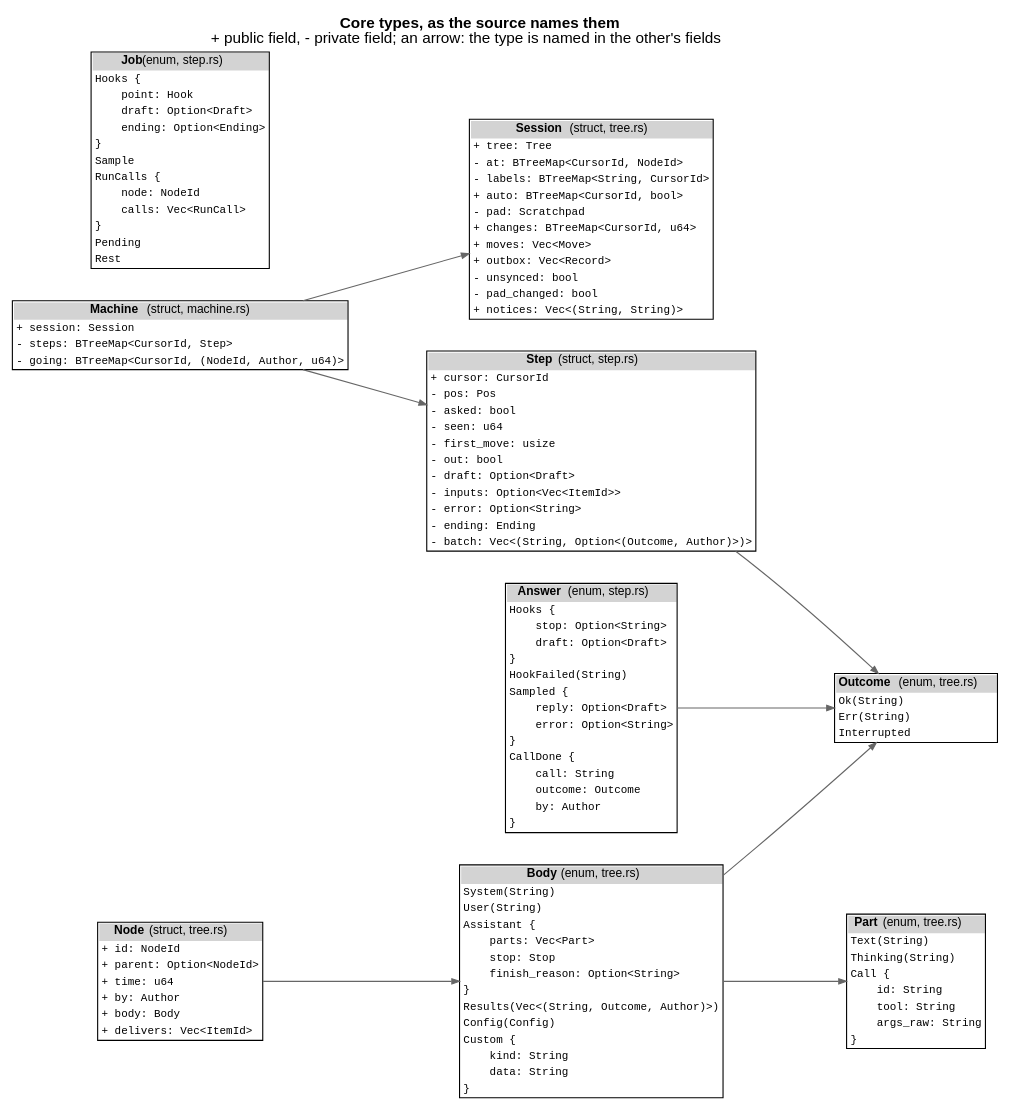
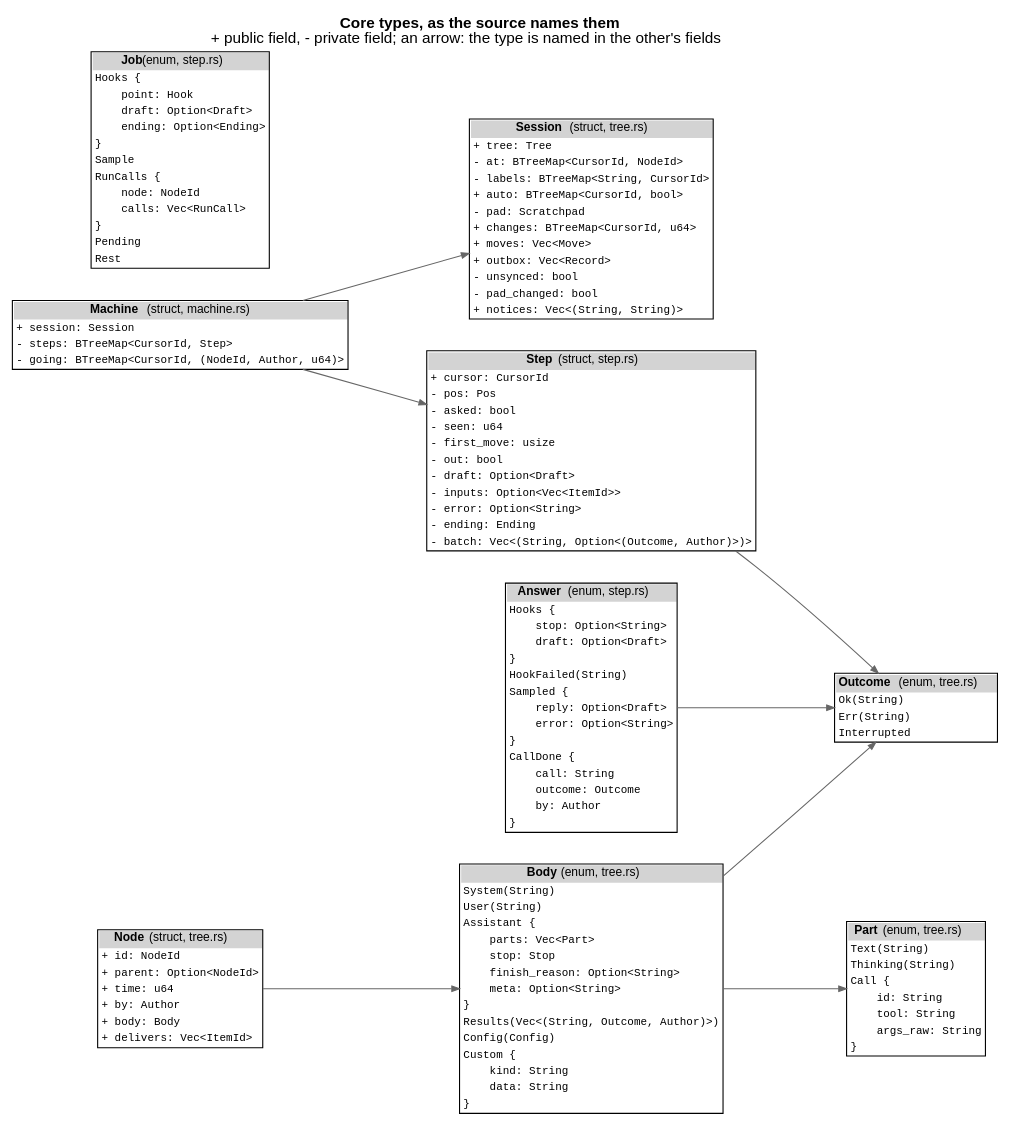
Before and after one commit to jmccardle/tau: the diagram in docs/as-built/diagrams/types.dot, drawn with Graphviz. The commit also changed 24 other files, not shown here.

First line of the commit message:
Assistant nodes keep response meta: model, id, usage (D13)

```diff
--- a/docs/as-built/diagrams/types.dot
+++ b/docs/as-built/diagrams/types.dot
@@ -1,22 +1,22 @@
 // Generated by scripts/diagrams.sh from the Rust source (syn). Do not edit.
 digraph types {
   graph [rankdir=LR, fontname="Helvetica", nodesep=0.4, ranksep=1.0, labelloc=t, label=<<b>Core types, as the source names them</b><br/>+ public field, - private field; an arrow: the type is named in the other's fields>];
   node [shape=plain, fontname="Helvetica", fontsize=11];
   edge [color="gray40", arrowsize=0.7];
-  "Body" [label=<<table border="1" cellborder="0" cellspacing="0"><tr><td bgcolor="lightgray"><b>Body</b> (enum, tree.rs)</td></tr><tr><td align="left" balign="left"><font face="Courier" point-size="10">System(String)</font></td></tr><tr><td align="left" balign="left"><font face="Courier" point-size="10">User(String)</font></td></tr><tr><td align="left" balign="left"><font face="Courier" point-size="10">Assistant&nbsp;{</font></td></tr><tr><td align="left" balign="left"><font face="Courier" point-size="10">&nbsp;&nbsp;&nbsp;&nbsp;parts:&nbsp;Vec&lt;Part&gt;</font></td></tr><tr><td align="left" balign="left"><font face="Courier" point-size="10">&nbsp;&nbsp;&nbsp;&nbsp;stop:&nbsp;Stop</font></td></tr><tr><td align="left" balign="left"><font face="Courier" point-size="10">&nbsp;&nbsp;&nbsp;&nbsp;finish_reason:&nbsp;Option&lt;String&gt;</font></td></tr><tr><td align="left" balign="left"><font face="Courier" point-size="10">}</font></td></tr><tr><td align="left" balign="left"><font face="Courier" point-size="10">Results(Vec&lt;(String,&nbsp;Outcome,&nbsp;Author)&gt;)</font></td></tr><tr><td align="left" balign="left"><font face="Courier" point-size="10">Config(Config)</font></td></tr><tr><td align="left" balign="left"><font face="Courier" point-size="10">Custom&nbsp;{</font></td></tr><tr><td align="left" balign="left"><font face="Courier" point-size="10">&nbsp;&nbsp;&nbsp;&nbsp;kind:&nbsp;String</font></td></tr><tr><td align="left" balign="left"><font face="Courier" point-size="10">&nbsp;&nbsp;&nbsp;&nbsp;data:&nbsp;String</font></td></tr><tr><td align="left" balign="left"><font face="Courier" point-size="10">}</font></td></tr></table>>];
+  "Body" [label=<<table border="1" cellborder="0" cellspacing="0"><tr><td bgcolor="lightgray"><b>Body</b> (enum, tree.rs)</td></tr><tr><td align="left" balign="left"><font face="Courier" point-size="10">System(String)</font></td></tr><tr><td align="left" balign="left"><font face="Courier" point-size="10">User(String)</font></td></tr><tr><td align="left" balign="left"><font face="Courier" point-size="10">Assistant&nbsp;{</font></td></tr><tr><td align="left" balign="left"><font face="Courier" point-size="10">&nbsp;&nbsp;&nbsp;&nbsp;parts:&nbsp;Vec&lt;Part&gt;</font></td></tr><tr><td align="left" balign="left"><font face="Courier" point-size="10">&nbsp;&nbsp;&nbsp;&nbsp;stop:&nbsp;Stop</font></td></tr><tr><td align="left" balign="left"><font face="Courier" point-size="10">&nbsp;&nbsp;&nbsp;&nbsp;finish_reason:&nbsp;Option&lt;String&gt;</font></td></tr><tr><td align="left" balign="left"><font face="Courier" point-size="10">&nbsp;&nbsp;&nbsp;&nbsp;meta:&nbsp;Option&lt;String&gt;</font></td></tr><tr><td align="left" balign="left"><font face="Courier" point-size="10">}</font></td></tr><tr><td align="left" balign="left"><font face="Courier" point-size="10">Results(Vec&lt;(String,&nbsp;Outcome,&nbsp;Author)&gt;)</font></td></tr><tr><td align="left" balign="left"><font face="Courier" point-size="10">Config(Config)</font></td></tr><tr><td align="left" balign="left"><font face="Courier" point-size="10">Custom&nbsp;{</font></td></tr><tr><td align="left" balign="left"><font face="Courier" point-size="10">&nbsp;&nbsp;&nbsp;&nbsp;kind:&nbsp;String</font></td></tr><tr><td align="left" balign="left"><font face="Courier" point-size="10">&nbsp;&nbsp;&nbsp;&nbsp;data:&nbsp;String</font></td></tr><tr><td align="left" balign="left"><font face="Courier" point-size="10">}</font></td></tr></table>>];
   "Node" [label=<<table border="1" cellborder="0" cellspacing="0"><tr><td bgcolor="lightgray"><b>Node</b> (struct, tree.rs)</td></tr><tr><td align="left" balign="left"><font face="Courier" point-size="10">+&nbsp;id:&nbsp;NodeId</font></td></tr><tr><td align="left" balign="left"><font face="Courier" point-size="10">+&nbsp;parent:&nbsp;Option&lt;NodeId&gt;</font></td></tr><tr><td align="left" balign="left"><font face="Courier" point-size="10">+&nbsp;time:&nbsp;u64</font></td></tr><tr><td align="left" balign="left"><font face="Courier" point-size="10">+&nbsp;by:&nbsp;Author</font></td></tr><tr><td align="left" balign="left"><font face="Courier" point-size="10">+&nbsp;body:&nbsp;Body</font></td></tr><tr><td align="left" balign="left"><font face="Courier" point-size="10">+&nbsp;delivers:&nbsp;Vec&lt;ItemId&gt;</font></td></tr></table>>];
   "Session" [label=<<table border="1" cellborder="0" cellspacing="0"><tr><td bgcolor="lightgray"><b>Session</b> (struct, tree.rs)</td></tr><tr><td align="left" balign="left"><font face="Courier" point-size="10">+&nbsp;tree:&nbsp;Tree</font></td></tr><tr><td align="left" balign="left"><font face="Courier" point-size="10">-&nbsp;at:&nbsp;BTreeMap&lt;CursorId,&nbsp;NodeId&gt;</font></td></tr><tr><td align="left" balign="left"><font face="Courier" point-size="10">-&nbsp;labels:&nbsp;BTreeMap&lt;String,&nbsp;CursorId&gt;</font></td></tr><tr><td align="left" balign="left"><font face="Courier" point-size="10">+&nbsp;auto:&nbsp;BTreeMap&lt;CursorId,&nbsp;bool&gt;</font></td></tr><tr><td align="left" balign="left"><font face="Courier" point-size="10">-&nbsp;pad:&nbsp;Scratchpad</font></td></tr><tr><td align="left" balign="left"><font face="Courier" point-size="10">+&nbsp;changes:&nbsp;BTreeMap&lt;CursorId,&nbsp;u64&gt;</font></td></tr><tr><td align="left" balign="left"><font face="Courier" point-size="10">+&nbsp;moves:&nbsp;Vec&lt;Move&gt;</font></td></tr><tr><td align="left" balign="left"><font face="Courier" point-size="10">+&nbsp;outbox:&nbsp;Vec&lt;Record&gt;</font></td></tr><tr><td align="left" balign="left"><font face="Courier" point-size="10">-&nbsp;unsynced:&nbsp;bool</font></td></tr><tr><td align="left" balign="left"><font face="Courier" point-size="10">-&nbsp;pad_changed:&nbsp;bool</font></td></tr><tr><td align="left" balign="left"><font face="Courier" point-size="10">+&nbsp;notices:&nbsp;Vec&lt;(String,&nbsp;String)&gt;</font></td></tr></table>>];
   "Machine" [label=<<table border="1" cellborder="0" cellspacing="0"><tr><td bgcolor="lightgray"><b>Machine</b> (struct, machine.rs)</td></tr><tr><td align="left" balign="left"><font face="Courier" point-size="10">+&nbsp;session:&nbsp;Session</font></td></tr><tr><td align="left" balign="left"><font face="Courier" point-size="10">-&nbsp;steps:&nbsp;BTreeMap&lt;CursorId,&nbsp;Step&gt;</font></td></tr><tr><td align="left" balign="left"><font face="Courier" point-size="10">-&nbsp;going:&nbsp;BTreeMap&lt;CursorId,&nbsp;(NodeId,&nbsp;Author,&nbsp;u64)&gt;</font></td></tr></table>>];
   "Step" [label=<<table border="1" cellborder="0" cellspacing="0"><tr><td bgcolor="lightgray"><b>Step</b> (struct, step.rs)</td></tr><tr><td align="left" balign="left"><font face="Courier" point-size="10">+&nbsp;cursor:&nbsp;CursorId</font></td></tr><tr><td align="left" balign="left"><font face="Courier" point-size="10">-&nbsp;pos:&nbsp;Pos</font></td></tr><tr><td align="left" balign="left"><font face="Courier" point-size="10">-&nbsp;asked:&nbsp;bool</font></td></tr><tr><td align="left" balign="left"><font face="Courier" point-size="10">-&nbsp;seen:&nbsp;u64</font></td></tr><tr><td align="left" balign="left"><font face="Courier" point-size="10">-&nbsp;first_move:&nbsp;usize</font></td></tr><tr><td align="left" balign="left"><font face="Courier" point-size="10">-&nbsp;out:&nbsp;bool</font></td></tr><tr><td align="left" balign="left"><font face="Courier" point-size="10">-&nbsp;draft:&nbsp;Option&lt;Draft&gt;</font></td></tr><tr><td align="left" balign="left"><font face="Courier" point-size="10">-&nbsp;inputs:&nbsp;Option&lt;Vec&lt;ItemId&gt;&gt;</font></td></tr><tr><td align="left" balign="left"><font face="Courier" point-size="10">-&nbsp;error:&nbsp;Option&lt;String&gt;</font></td></tr><tr><td align="left" balign="left"><font face="Courier" point-size="10">-&nbsp;ending:&nbsp;Ending</font></td></tr><tr><td align="left" balign="left"><font face="Courier" point-size="10">-&nbsp;batch:&nbsp;Vec&lt;(String,&nbsp;Option&lt;(Outcome,&nbsp;Author)&gt;)&gt;</font></td></tr></table>>];
   "Job" [label=<<table border="1" cellborder="0" cellspacing="0"><tr><td bgcolor="lightgray"><b>Job</b> (enum, step.rs)</td></tr><tr><td align="left" balign="left"><font face="Courier" point-size="10">Hooks&nbsp;{</font></td></tr><tr><td align="left" balign="left"><font face="Courier" point-size="10">&nbsp;&nbsp;&nbsp;&nbsp;point:&nbsp;Hook</font></td></tr><tr><td align="left" balign="left"><font face="Courier" point-size="10">&nbsp;&nbsp;&nbsp;&nbsp;draft:&nbsp;Option&lt;Draft&gt;</font></td></tr><tr><td align="left" balign="left"><font face="Courier" point-size="10">&nbsp;&nbsp;&nbsp;&nbsp;ending:&nbsp;Option&lt;Ending&gt;</font></td></tr><tr><td align="left" balign="left"><font face="Courier" point-size="10">}</font></td></tr><tr><td align="left" balign="left"><font face="Courier" point-size="10">Sample</font></td></tr><tr><td align="left" balign="left"><font face="Courier" point-size="10">RunCalls&nbsp;{</font></td></tr><tr><td align="left" balign="left"><font face="Courier" point-size="10">&nbsp;&nbsp;&nbsp;&nbsp;node:&nbsp;NodeId</font></td></tr><tr><td align="left" balign="left"><font face="Courier" point-size="10">&nbsp;&nbsp;&nbsp;&nbsp;calls:&nbsp;Vec&lt;RunCall&gt;</font></td></tr><tr><td align="left" balign="left"><font face="Courier" point-size="10">}</font></td></tr><tr><td align="left" balign="left"><font face="Courier" point-size="10">Pending</font></td></tr><tr><td align="left" balign="left"><font face="Courier" point-size="10">Rest</font></td></tr></table>>];
   "Answer" [label=<<table border="1" cellborder="0" cellspacing="0"><tr><td bgcolor="lightgray"><b>Answer</b> (enum, step.rs)</td></tr><tr><td align="left" balign="left"><font face="Courier" point-size="10">Hooks&nbsp;{</font></td></tr><tr><td align="left" balign="left"><font face="Courier" point-size="10">&nbsp;&nbsp;&nbsp;&nbsp;stop:&nbsp;Option&lt;String&gt;</font></td></tr><tr><td align="left" balign="left"><font face="Courier" point-size="10">&nbsp;&nbsp;&nbsp;&nbsp;draft:&nbsp;Option&lt;Draft&gt;</font></td></tr><tr><td align="left" balign="left"><font face="Courier" point-size="10">}</font></td></tr><tr><td align="left" balign="left"><font face="Courier" point-size="10">HookFailed(String)</font></td></tr><tr><td align="left" balign="left"><font face="Courier" point-size="10">Sampled&nbsp;{</font></td></tr><tr><td align="left" balign="left"><font face="Courier" point-size="10">&nbsp;&nbsp;&nbsp;&nbsp;reply:&nbsp;Option&lt;Draft&gt;</font></td></tr><tr><td align="left" balign="left"><font face="Courier" point-size="10">&nbsp;&nbsp;&nbsp;&nbsp;error:&nbsp;Option&lt;String&gt;</font></td></tr><tr><td align="left" balign="left"><font face="Courier" point-size="10">}</font></td></tr><tr><td align="left" balign="left"><font face="Courier" point-size="10">CallDone&nbsp;{</font></td></tr><tr><td align="left" balign="left"><font face="Courier" point-size="10">&nbsp;&nbsp;&nbsp;&nbsp;call:&nbsp;String</font></td></tr><tr><td align="left" balign="left"><font face="Courier" point-size="10">&nbsp;&nbsp;&nbsp;&nbsp;outcome:&nbsp;Outcome</font></td></tr><tr><td align="left" balign="left"><font face="Courier" point-size="10">&nbsp;&nbsp;&nbsp;&nbsp;by:&nbsp;Author</font></td></tr><tr><td align="left" balign="left"><font face="Courier" point-size="10">}</font></td></tr></table>>];
   "Outcome" [label=<<table border="1" cellborder="0" cellspacing="0"><tr><td bgcolor="lightgray"><b>Outcome</b> (enum, tree.rs)</td></tr><tr><td align="left" balign="left"><font face="Courier" point-size="10">Ok(String)</font></td></tr><tr><td align="left" balign="left"><font face="Courier" point-size="10">Err(String)</font></td></tr><tr><td align="left" balign="left"><font face="Courier" point-size="10">Interrupted</font></td></tr></table>>];
   "Part" [label=<<table border="1" cellborder="0" cellspacing="0"><tr><td bgcolor="lightgray"><b>Part</b> (enum, tree.rs)</td></tr><tr><td align="left" balign="left"><font face="Courier" point-size="10">Text(String)</font></td></tr><tr><td align="left" balign="left"><font face="Courier" point-size="10">Thinking(String)</font></td></tr><tr><td align="left" balign="left"><font face="Courier" point-size="10">Call&nbsp;{</font></td></tr><tr><td align="left" balign="left"><font face="Courier" point-size="10">&nbsp;&nbsp;&nbsp;&nbsp;id:&nbsp;String</font></td></tr><tr><td align="left" balign="left"><font face="Courier" point-size="10">&nbsp;&nbsp;&nbsp;&nbsp;tool:&nbsp;String</font></td></tr><tr><td align="left" balign="left"><font face="Courier" point-size="10">&nbsp;&nbsp;&nbsp;&nbsp;args_raw:&nbsp;String</font></td></tr><tr><td align="left" balign="left"><font face="Courier" point-size="10">}</font></td></tr></table>>];
   "Body" -> "Part";
   "Body" -> "Outcome";
   "Node" -> "Body";
   "Machine" -> "Session";
   "Machine" -> "Step";
   "Step" -> "Outcome";
   "Answer" -> "Outcome";
 }
```
